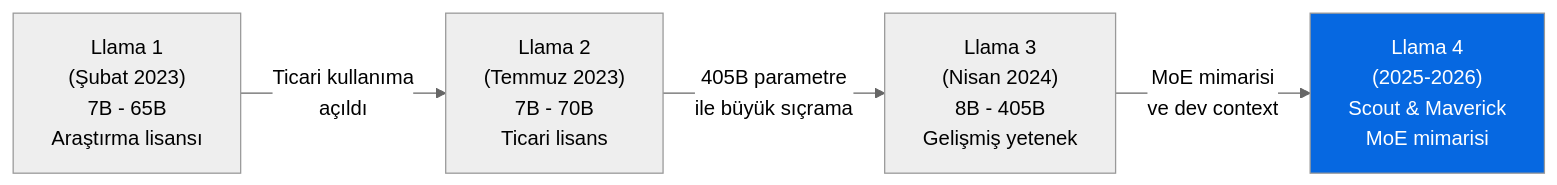
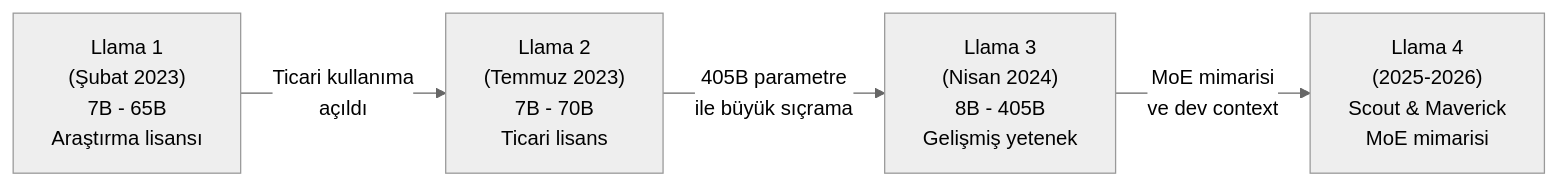
Before and after one commit to IzzetYasinAtes/ClaudeCodeHandbook: the second of 6 diagrams in 03-llm-saglayicilari/04-meta-ve-llama.md, drawn with Mermaid (neutral theme). The commit also changed other lines of this file and 97 other files, not shown here.

Commit message:
Remove all custom Mermaid style/fill colors from 98 markdown files for consistent dark theme rendering

````diff
--- a/03-llm-saglayicilari/04-meta-ve-llama.md
+++ b/03-llm-saglayicilari/04-meta-ve-llama.md
@@ -41,13 +40,12 @@
 ```mermaid
 flowchart LR
     L1["Llama 1<br/>(Şubat 2023)<br/>7B - 65B<br/>Araştırma lisansı"]
     L2["Llama 2<br/>(Temmuz 2023)<br/>7B - 70B<br/>Ticari lisans"]
     L3["Llama 3<br/>(Nisan 2024)<br/>8B - 405B<br/>Gelişmiş yetenek"]
     L4["Llama 4<br/>(2025-2026)<br/>Scout & Maverick<br/>MoE mimarisi"]
 
     L1 -->|"Ticari kullanıma<br/>açıldı"| L2
     L2 -->|"405B parametre<br/>ile büyük sıçrama"| L3
     L3 -->|"MoE mimarisi<br/>ve dev context"| L4
 
-    style L4 fill:#0668E1,color:#fff
 ```
````
